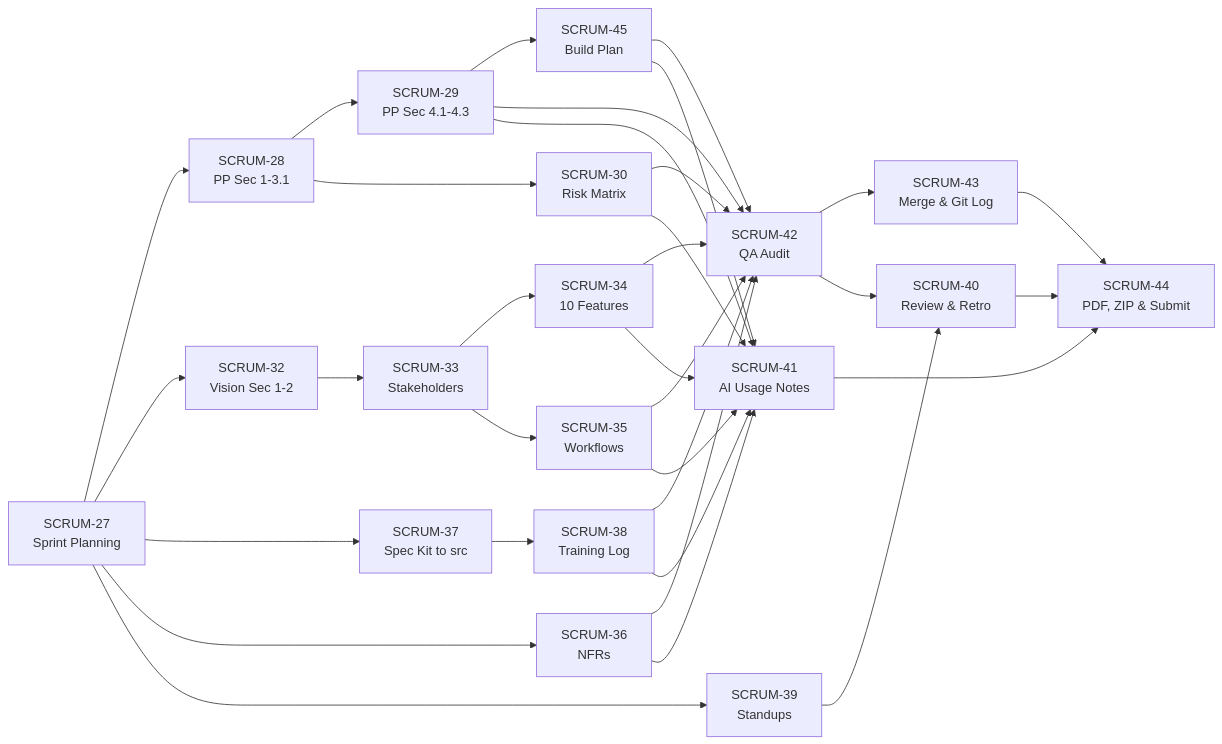
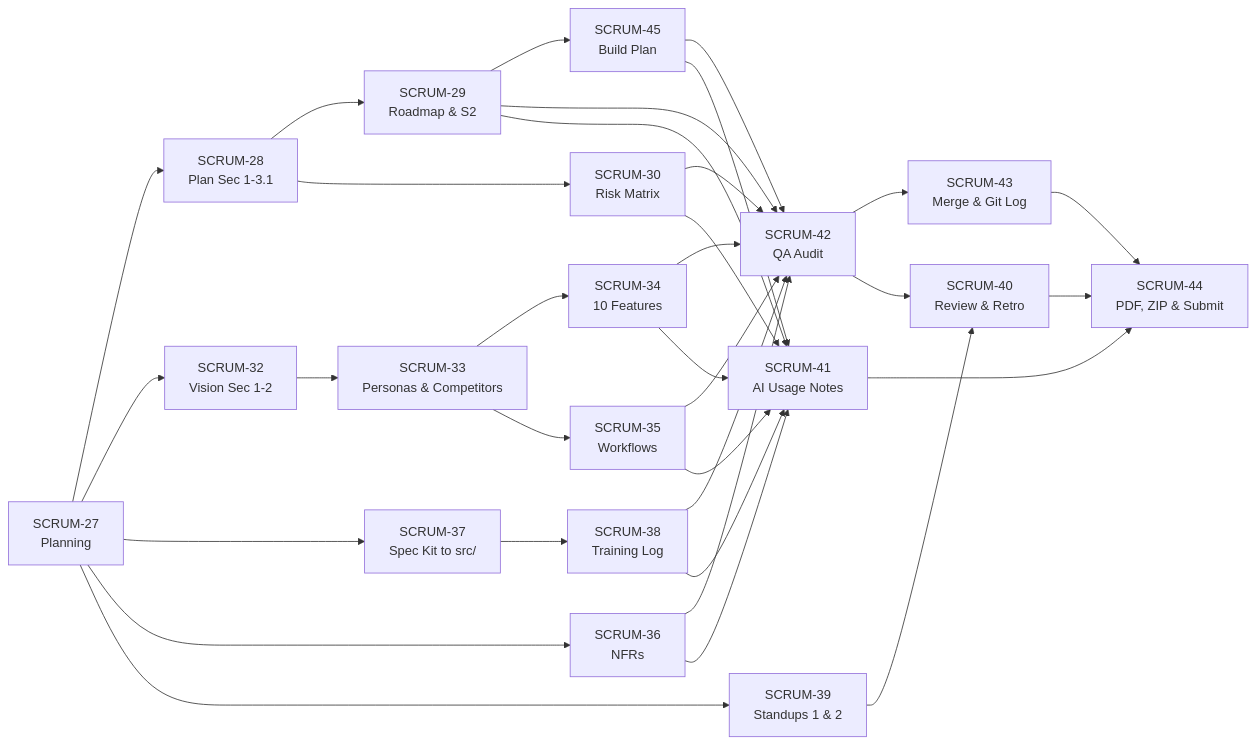
One commit to ThanhDu14/WikiCook changed the fourth of 5 diagrams in docs/management/project-plan.md. Above: the diagram before and after it, drawn with Mermaid. The commit also changed other lines of this file, not shown here.

Commit message:
docs(management): solve conflict in project-plan.md

````diff
--- a/docs/management/project-plan.md
+++ b/docs/management/project-plan.md
@@ -545,20 +417,20 @@
 ```mermaid
 flowchart LR
-    T27["SCRUM-27<br/>Sprint Planning"] --> T28["SCRUM-28<br/>PP Sec 1-3.1"]
+    T27["SCRUM-27<br/>Planning"] --> T28["SCRUM-28<br/>Plan Sec 1-3.1"]
     T27 --> T32["SCRUM-32<br/>Vision Sec 1-2"]
-    T27 --> T37["SCRUM-37<br/>Spec Kit to src"]
+    T27 --> T37["SCRUM-37<br/>Spec Kit to src/"]
     T27 --> T36["SCRUM-36<br/>NFRs"]
-    T28 --> T29["SCRUM-29<br/>PP Sec 4.1-4.3"]
+    T28 --> T29["SCRUM-29<br/>Roadmap & S2"]
     T28 --> T30["SCRUM-30<br/>Risk Matrix"]
     T29 --> T45["SCRUM-45<br/>Build Plan"]
-    T32 --> T33["SCRUM-33<br/>Stakeholders"]
+    T32 --> T33["SCRUM-33<br/>Personas & Competitors"]
     T33 --> T34["SCRUM-34<br/>10 Features"]
     T33 --> T35["SCRUM-35<br/>Workflows"]
     T37 --> T38["SCRUM-38<br/>Training Log"]
     T29 & T30 & T45 & T34 & T35 & T36 & T38 --> T42["SCRUM-42<br/>QA Audit"]
     T29 & T30 & T45 & T34 & T35 & T36 & T38 --> T41["SCRUM-41<br/>AI Usage Notes"]
-    T27 --> T39["SCRUM-39<br/>Standups"]
+    T27 --> T39["SCRUM-39<br/>Standups 1 & 2"]
     T42 --> T43["SCRUM-43<br/>Merge & Git Log"]
     T39 & T42 --> T40["SCRUM-40<br/>Review & Retro"]
     T40 & T41 & T43 --> T44["SCRUM-44<br/>PDF, ZIP & Submit"]
 ```
````
